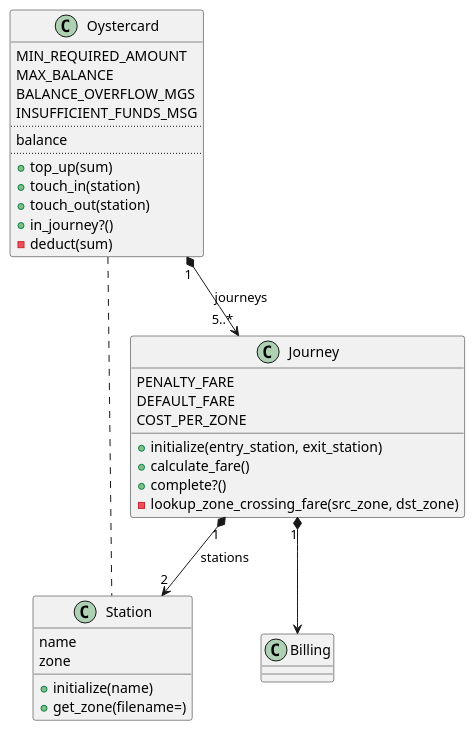
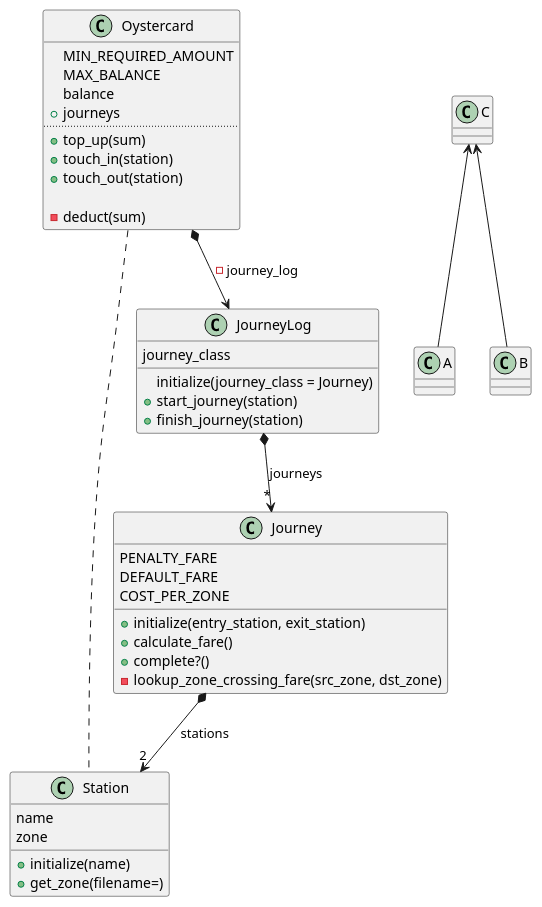
The diagram in oystercard.puml (meta-morpho-sys/new_oystercard), drawn with PlantUML before and after one commit. The commit also changed 11 other files, not shown here.

```diff
--- a/oystercard.puml
+++ b/oystercard.puml
@@ -1,43 +1,48 @@
 @startuml
 
 class Oystercard {
     MIN_REQUIRED_AMOUNT
     MAX_BALANCE
-    BALANCE_OVERFLOW_MGS
-    INSUFFICIENT_FUNDS_MSG
-    ..
     balance
+    + journeys
     ..
     + top_up(sum)
     + touch_in(station)
     + touch_out(station)
-    + in_journey?()
+
     - deduct(sum)
 }
 
 class Station {
     name
     zone
     + initialize(name)
     + get_zone(filename=)
 }
 
 class Journey {
     PENALTY_FARE
     DEFAULT_FARE
     COST_PER_ZONE
     + initialize(entry_station, exit_station)
     + calculate_fare()
     + complete?()
     - lookup_zone_crossing_fare(src_zone, dst_zone)
 }
 
-class Billing {
+class JourneyLog {
+    journey_class
+    initialize(journey_class = Journey)
+    +start_journey(station)
+    +finish_journey(station)
 }
 
 Oystercard .. Station
-Journey "1" *--> "2" Station: stations
-Oystercard "1" *--> "5..*" Journey: journeys
-Journey "1" *--> Billing
+Journey *--> "2" Station: stations
+Oystercard *--> JourneyLog: -journey_log
+JourneyLog *--> "*" Journey: journeys
+
+C <-- A
+C <-- B
 
 @enduml
```
